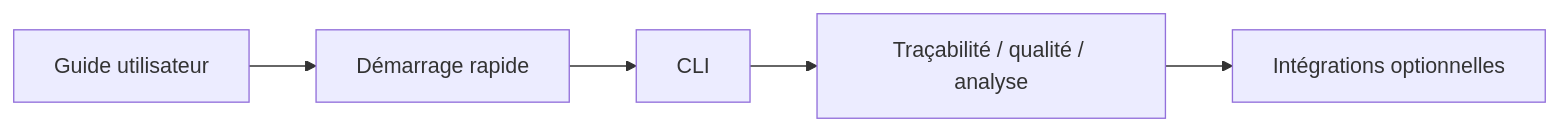
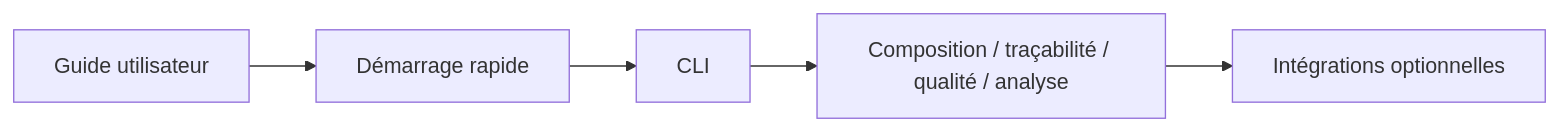
One commit to FTurleque/morpheus-engine changed the first of 3 diagrams in docs/README.md. Above: the diagram before and after it, drawn with Mermaid. The commit also changed other lines of this file, not shown here.

````diff
--- a/docs/README.md
+++ b/docs/README.md
@@ -22,7 +22,7 @@
 ```mermaid
 flowchart LR
     A[Guide utilisateur] --> B[Démarrage rapide]
     B --> C[CLI]
-    C --> D[Traçabilité / qualité / analyse]
+    C --> D[Composition / traçabilité / qualité / analyse]
     D --> E[Intégrations optionnelles]
 ```
````
